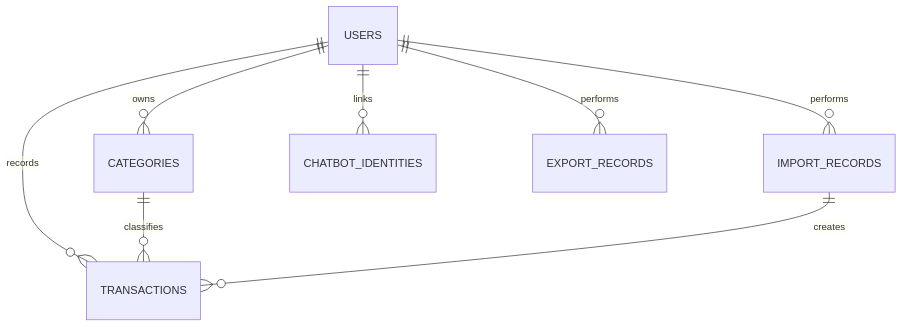
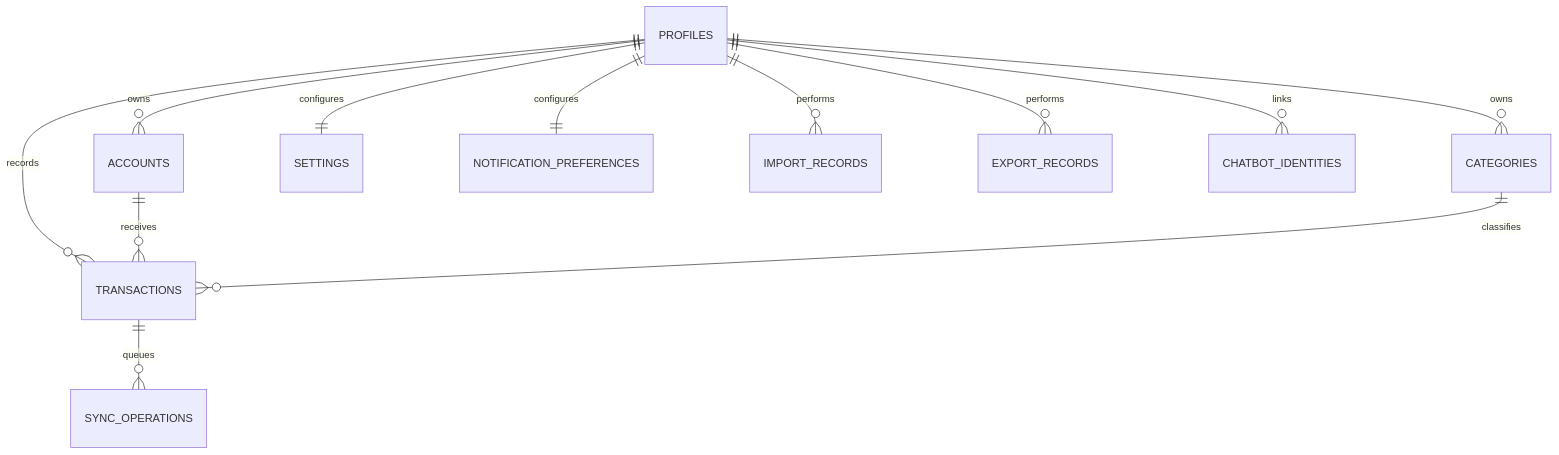
The diagram in docs/entity_relationship.md (MbahLesky/Fin-Ledger-by-Lespa---Web), drawn with Mermaid before and after one commit. The commit also changed other lines of this file and 22856 other files, not shown here.

````diff
--- a/docs/entity_relationship.md
+++ b/docs/entity_relationship.md
@@ -105,10 +174,14 @@
 ```mermaid
 erDiagram
-    USERS ||--o{ CATEGORIES : owns
-    USERS ||--o{ TRANSACTIONS : records
-    USERS ||--o{ IMPORT_RECORDS : performs
-    USERS ||--o{ CHATBOT_IDENTITIES : links
-    USERS ||--o{ EXPORT_RECORDS : performs
+    PROFILES ||--o{ ACCOUNTS : owns
+    PROFILES ||--o{ CATEGORIES : owns
+    PROFILES ||--o{ TRANSACTIONS : records
+    PROFILES ||--|| SETTINGS : configures
+    PROFILES ||--|| NOTIFICATION_PREFERENCES : configures
+    PROFILES ||--o{ IMPORT_RECORDS : performs
+    PROFILES ||--o{ EXPORT_RECORDS : performs
+    PROFILES ||--o{ CHATBOT_IDENTITIES : links
+    ACCOUNTS ||--o{ TRANSACTIONS : receives
     CATEGORIES ||--o{ TRANSACTIONS : classifies
-    IMPORT_RECORDS ||--o{ TRANSACTIONS : creates
+    TRANSACTIONS ||--o{ SYNC_OPERATIONS : queues
 ```
````
